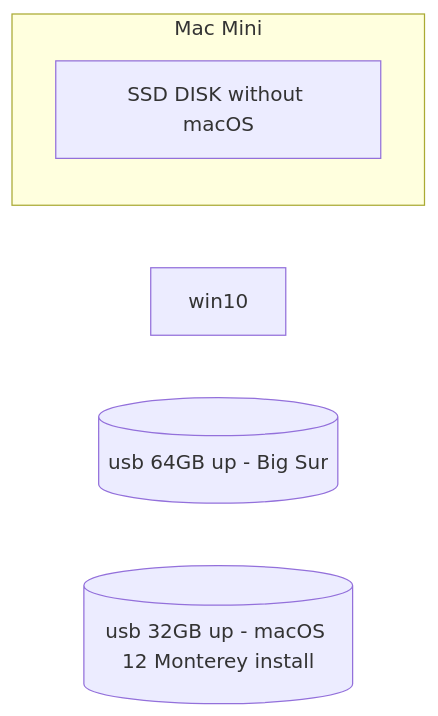
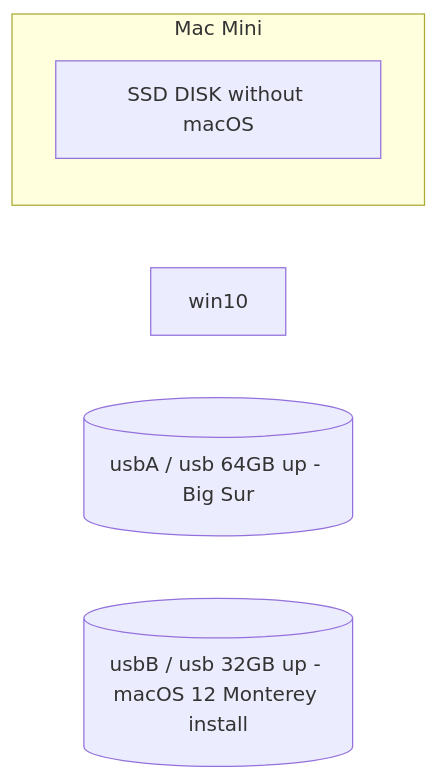
One commit to lankahsu520/HelperX changed the first of 3 diagrams in helper_macOS.md. Above: the diagram before and after it, drawn with Mermaid. The commit also changed other lines of this file, not shown here.

Commit message:
update helper_macOS.md, 3. System & Service

````diff
--- a/helper_macOS.md
+++ b/helper_macOS.md
@@ -50,9 +62,9 @@
 ```mermaid
 flowchart LR
 	subgraph Mac[Mac Mini]
 		SSD[SSD DISK without macOS]
 	end
 	win10[win10]
-	usb_BSur[(usb 64GB up - Big Sur)]
-	usb_install[(usb 32GB up - macOS 12 Monterey install)]
+	usb_BSur[(usbA / usb 64GB up - Big Sur)]
+	usb_install[(usbB / usb 32GB up - macOS 12 Monterey install)]
 ```
````
